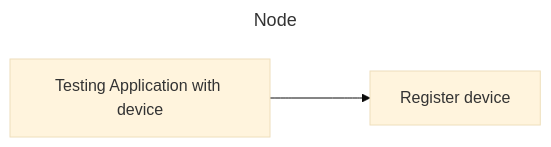
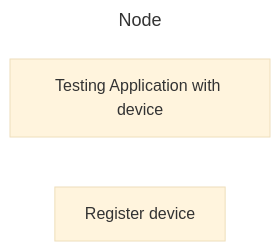
Before and after one commit to Ayush750502/PrologicTechnologies2025: the diagram in SkipQ/TO-DO 18-May-2026/README.MD, drawn with Mermaid (base theme).

````diff
--- a/SkipQ/TO-DO 18-May-2026/README.MD
+++ b/SkipQ/TO-DO 18-May-2026/README.MD
@@ -7,7 +7,8 @@
 ```mermaid
 ---
 title: Node
 ---
 flowchart LR
-    A[Testing Application with device] ---> B[Register device]
+	A[Testing Application with device]
+	B[Register device]
 ```
````
